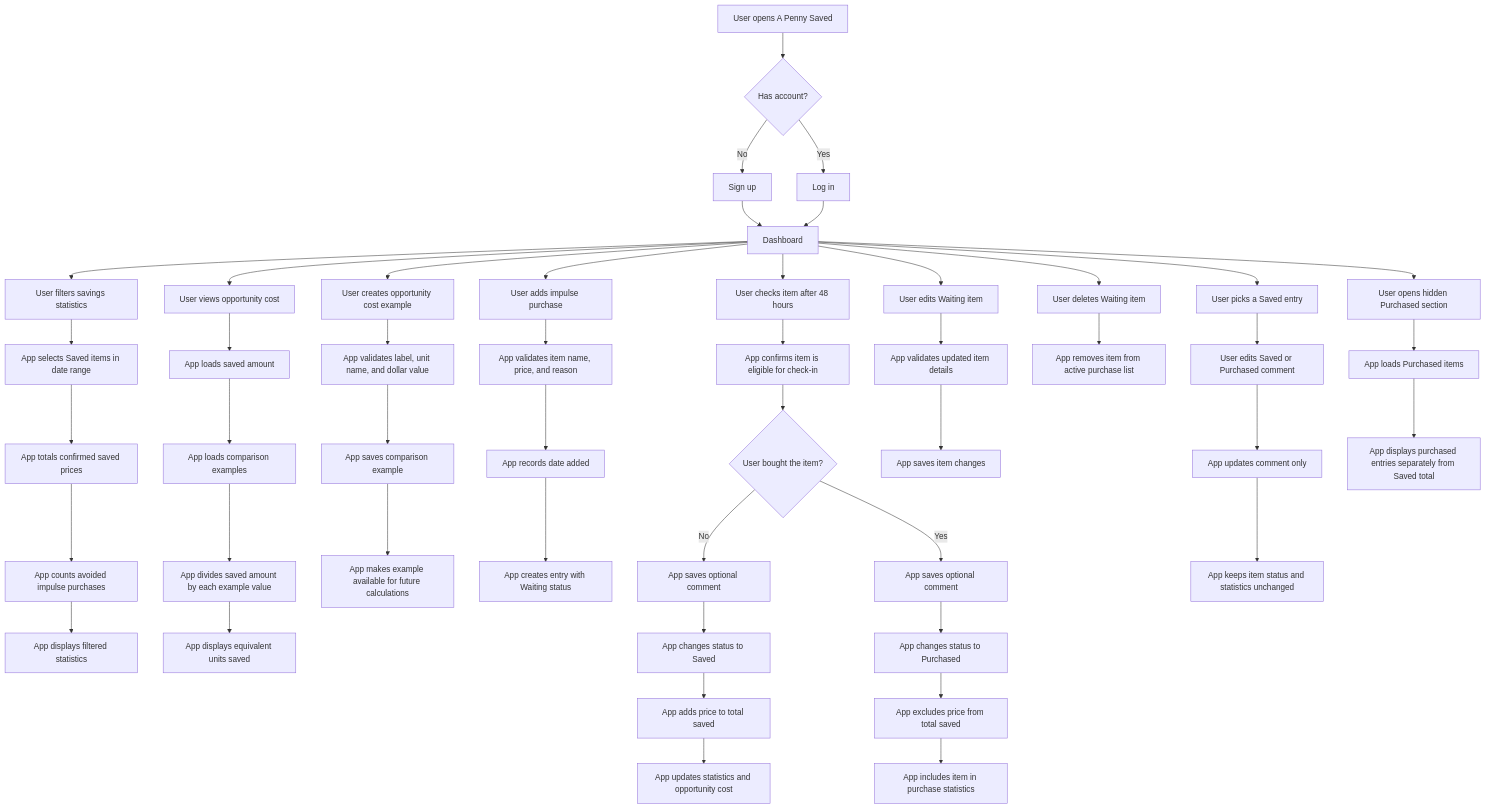
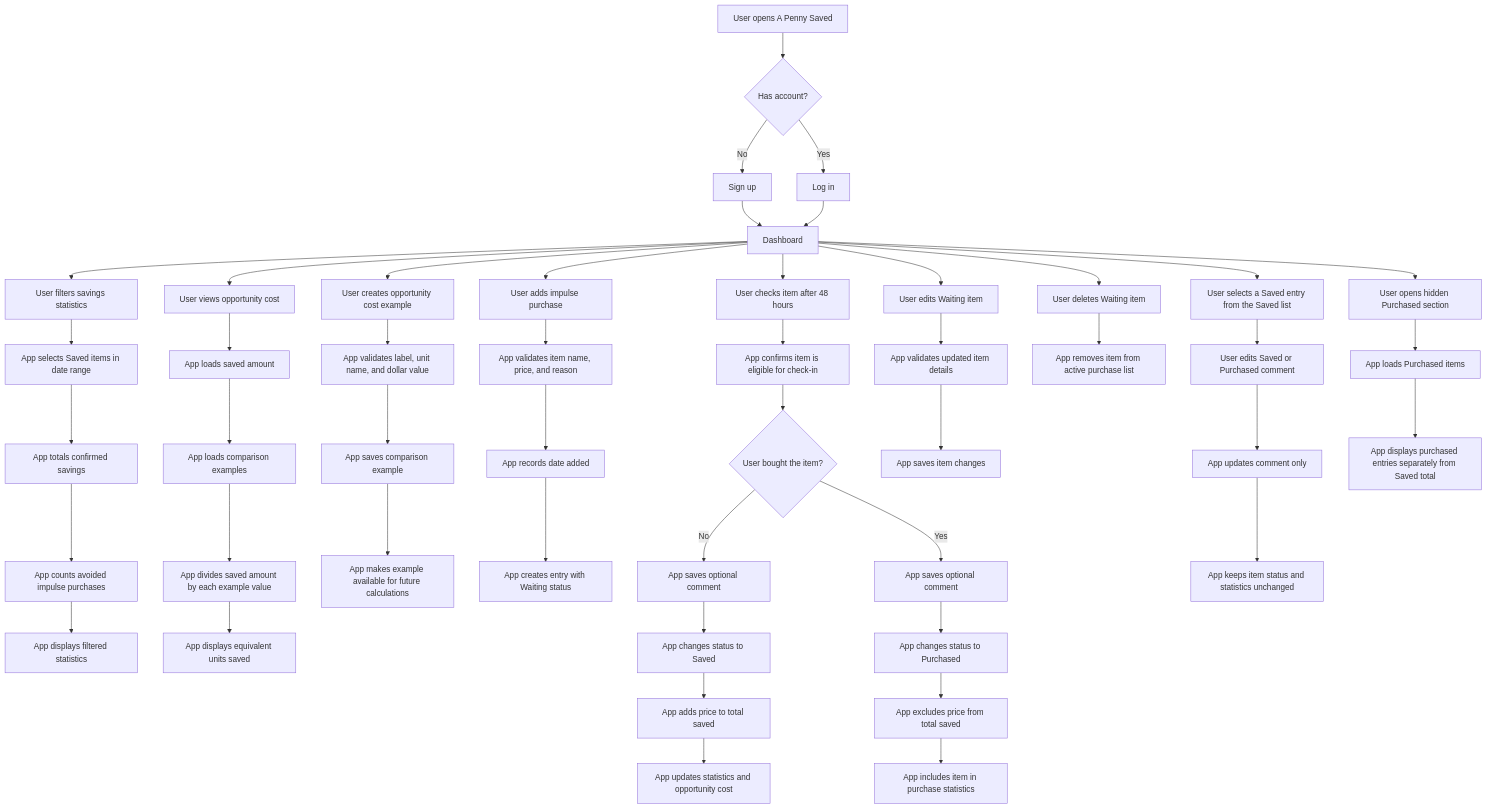
One commit to angelah9178/penny-saved changed the diagram in planning/FLOW-001-functional-flowcharts.md. Above: the diagram before and after it, drawn with Mermaid.

Commit message:
Edit FLOW-001

````diff
--- a/planning/FLOW-001-functional-flowcharts.md
+++ b/planning/FLOW-001-functional-flowcharts.md
@@ -5,58 +5,58 @@
 ```mermaid
 flowchart TD
     A[User opens A Penny Saved] --> B{Has account?}
     B -- No --> C[Sign up]
     B -- Yes --> D[Log in]
     C --> E[Dashboard]
     D --> E
 
     E --> F[User filters savings statistics]
     F --> G[App selects Saved items in date range]
-    G --> H[App totals confirmed saved prices]
+    G --> H[App totals confirmed savings]
     H --> I[App counts avoided impulse purchases]
     I --> J[App displays filtered statistics]
 
     E --> K[User views opportunity cost]
     K --> L[App loads saved amount]
     L --> M[App loads comparison examples]
     M --> N[App divides saved amount by each example value]
     N --> O[App displays equivalent units saved]
 
     E --> P[User creates opportunity cost example]
     P --> Q[App validates label, unit name, and dollar value]
     Q --> R[App saves comparison example]
     R --> S[App makes example available for future calculations]
 
     E --> T[User adds impulse purchase]
     T --> U[App validates item name, price, and reason]
     U --> V[App records date added]
     V --> W[App creates entry with Waiting status]
 
     E --> X[User checks item after 48 hours]
     X --> Y[App confirms item is eligible for check-in]
     Y --> Z{User bought the item?}
     Z -- No --> AA[App saves optional comment]
     AA --> AB[App changes status to Saved]
     AB --> AC[App adds price to total saved]
     AC --> AD[App updates statistics and opportunity cost]
     Z -- Yes --> AE[App saves optional comment]
     AE --> AF[App changes status to Purchased]
     AF --> AG[App excludes price from total saved]
     AG --> AH[App includes item in purchase statistics]
 
     E --> AI[User edits Waiting item]
     AI --> AJ[App validates updated item details]
     AJ --> AK[App saves item changes]
 
     E --> AL[User deletes Waiting item]
     AL --> AM[App removes item from active purchase list]
 
-    E --> AN[User picks a Saved entry]
+    E --> AN[User selects a Saved entry from the Saved list]
     AN --> AO[User edits Saved or Purchased comment]
     AO --> AP[App updates comment only]
     AP --> AQ[App keeps item status and statistics unchanged]
 
     E --> AR[User opens hidden Purchased section]
     AR --> AS[App loads Purchased items]
     AS --> AT[App displays purchased entries separately from Saved total]
 ```
````
